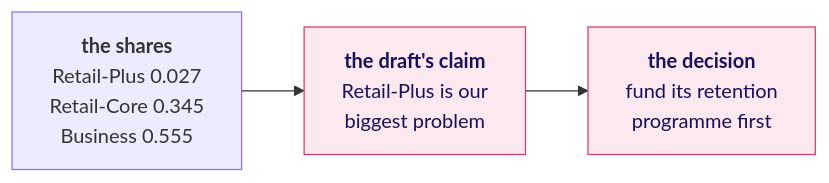
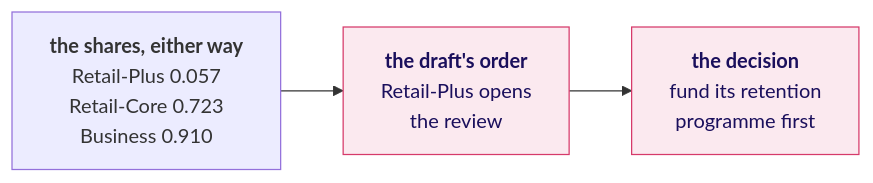
One commit to fde-academy-lab/c2-content-factory changed diagram 13 of 32 in content/W01/D4/slides/C2_W01_D04_half1_STUDENT.md. Above: the diagram before and after it, drawn with Mermaid. The commit also changed other lines of this file and 4 other files, not shown here.

````diff
--- a/content/W01/D4/slides/C2_W01_D04_half1_STUDENT.md
+++ b/content/W01/D4/slides/C2_W01_D04_half1_STUDENT.md
@@ -563,7 +583,7 @@
 ```mermaid
 flowchart LR
-    P["<b>the shares</b><br/>Retail-Plus 0.027<br/>Retail-Core 0.345<br/>Business 0.555"] --> C["<b>the draft's claim</b><br/>Retail-Plus is our<br/>biggest problem"]
+    P["<b>the shares, either way</b><br/>Retail-Plus 0.057<br/>Retail-Core 0.723<br/>Business 0.910"] --> C["<b>the draft's order</b><br/>Retail-Plus opens<br/>the review"]
     C --> D["<b>the decision</b><br/>fund its retention<br/>programme first"]
     classDef bad fill:#FBE9EF,stroke:#D63A6A,color:#1A0F5C
     class C,D bad
 ```
````
